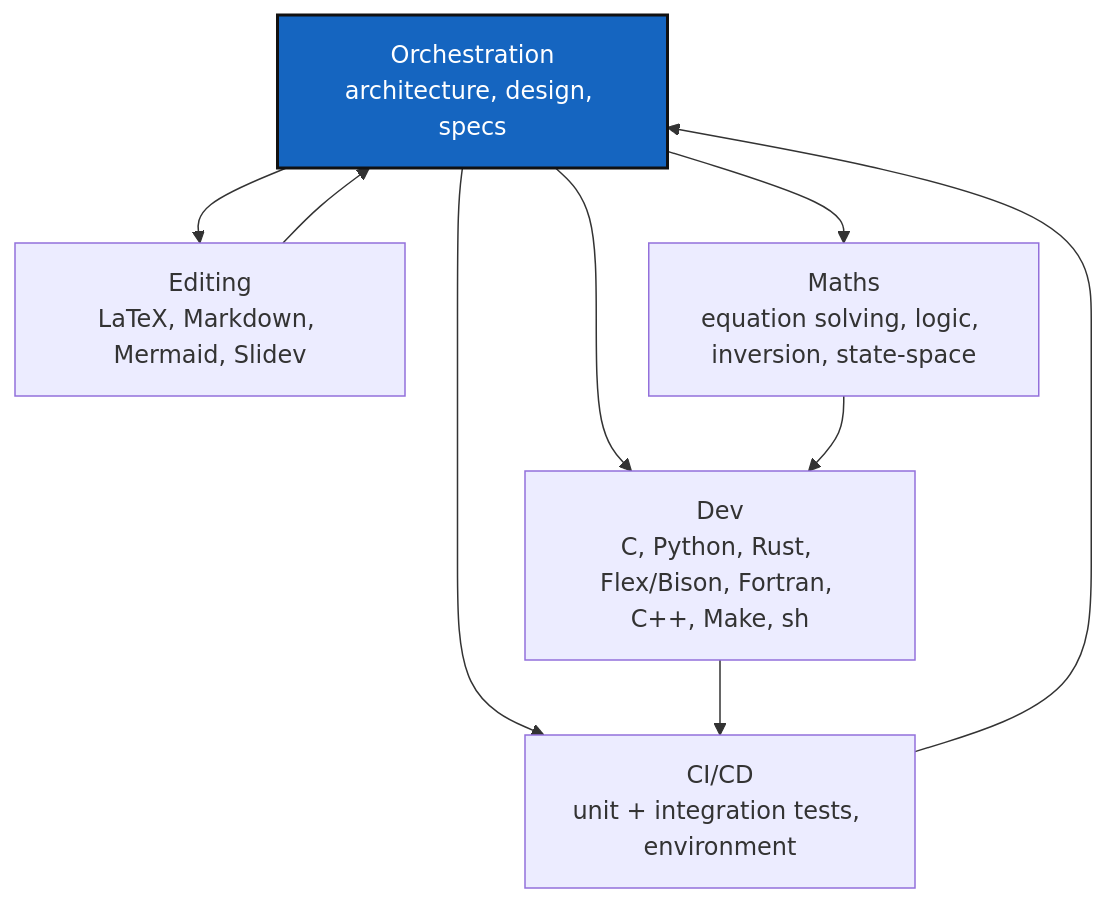
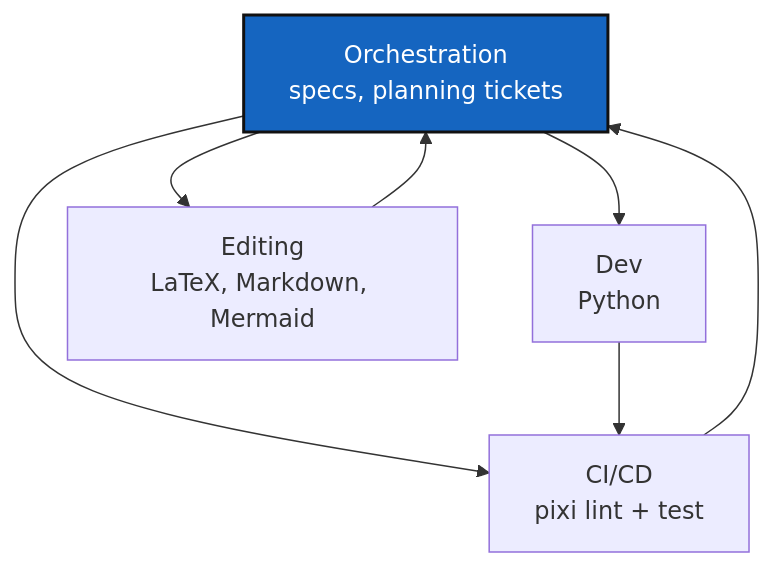
Before and after one commit to flipoyo/ComplexGitSync: the diagram in AgentSpecs/AGENT.md, drawn with Mermaid. The commit also changed other lines of this file and 11 other files, not shown here.

````diff
--- a/AgentSpecs/AGENT.md
+++ b/AgentSpecs/AGENT.md
@@ -29,14 +15,12 @@
 ```mermaid
 graph TD
-    O["Orchestration<br/>architecture, design, specs"] --> D["Dev<br/>C, Python, Rust, Flex/Bison, Fortran, C++, Make, sh"]
-    O --> CI["CI/CD<br/>unit + integration tests, environment"]
-    O --> E["Editing<br/>LaTeX, Markdown, Mermaid, Slidev"]
-    O --> M["Maths<br/>equation solving, logic, inversion, state-space"]
-    M --> D
+    O["Orchestration<br/>specs, planning tickets"] --> D["Dev<br/>Python"]
+    O --> CI["CI/CD<br/>pixi lint + test"]
+    O --> E["Editing<br/>LaTeX, Markdown, Mermaid"]
     D --> CI
     E --> O
     CI --> O
 
     classDef orch fill:#1565C0,color:#fff,stroke:#111,stroke-width:2px;
     class O orch;
 ```
````
